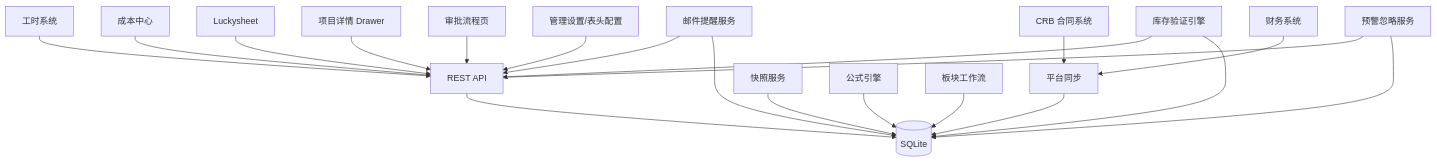
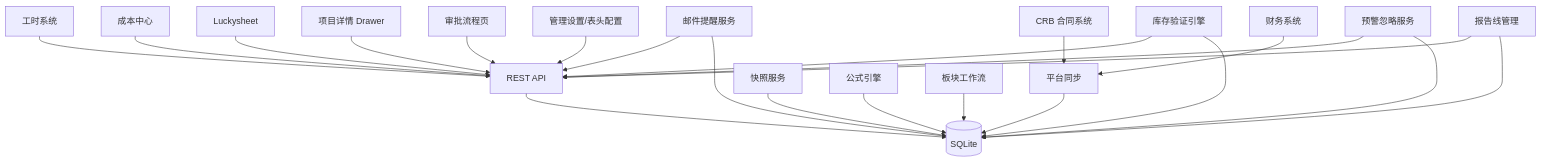
Diagram 17 of 19 in .qoder/repowiki/zh/content/需求文档/需求文档.md (marcelxu0272/202605_project-tracking-table), drawn with Mermaid before and after one commit. The commit also changed other lines of this file and 4 other files, not shown here.

````diff
--- a/.qoder/repowiki/zh/content/需求文档/需求文档.md
+++ b/.qoder/repowiki/zh/content/需求文档/需求文档.md
@@ -530,22 +681,24 @@
 ```mermaid
 graph TB
 CRB["CRB 合同系统"] --> SYNC["平台同步"]
 FIN["财务系统"] --> SYNC
 TS["工时系统"] --> API["REST API"]
 COST["成本中心"] --> API
 LUCKY["Luckysheet"] --> API
 DRAWER["项目详情 Drawer"] --> API
 APPROVAL["审批流程页"] --> API
 ADMIN_UI["管理设置/表头配置"] --> API
 MAIL["邮件提醒服务"] --> API
 STOCK["库存验证引擎"] --> API
 DISMISS["预警忽略服务"] --> API
+REPORT_LINES["报告线管理"] --> API
 API --> DB[("SQLite")]
 SYNC --> DB
 SNAP["快照服务"] --> DB
 FORM["公式引擎"] --> DB
 WF["板块工作流"] --> DB
 MAIL --> DB
 STOCK --> DB
 DISMISS --> DB
+REPORT_LINES --> DB
 ```
````
